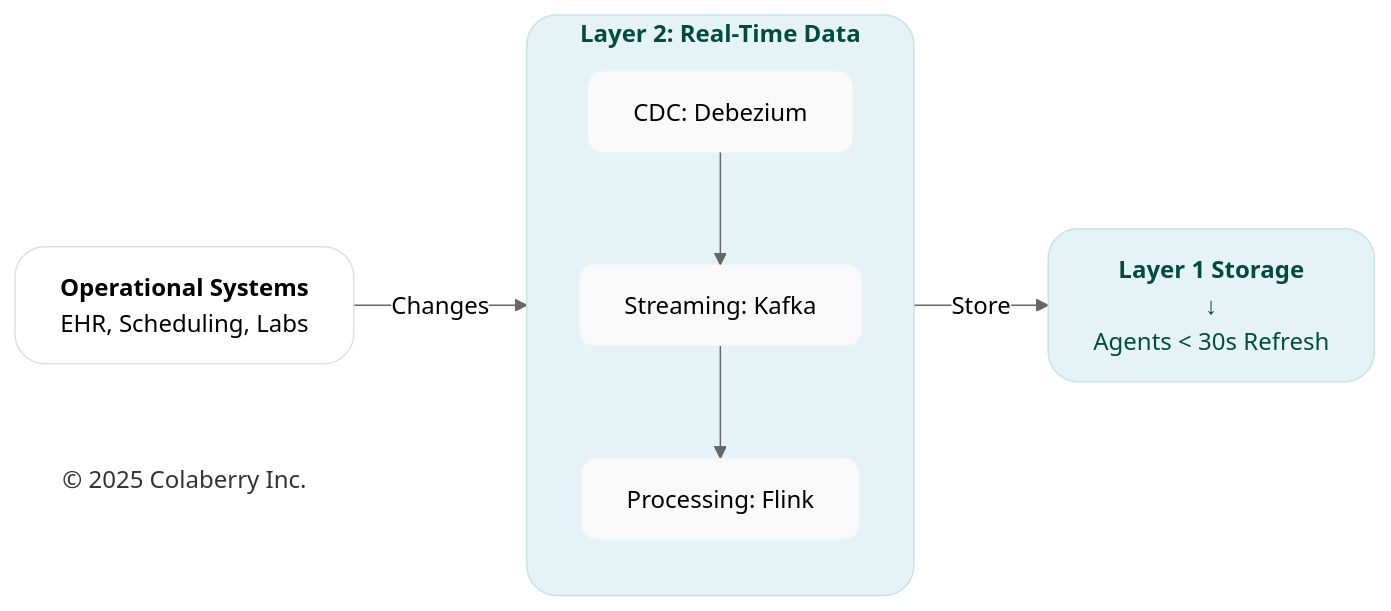
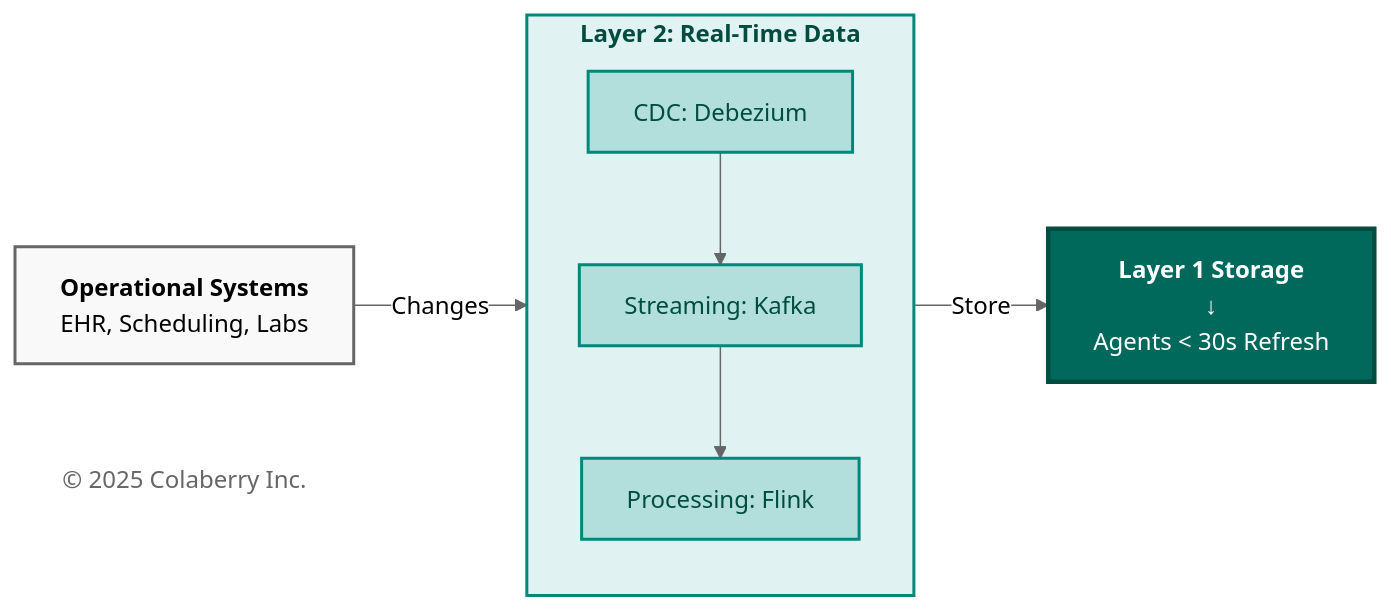
The seventh of 11 diagrams in manuscript/05_chapter_4_foundation_layers.md (saitejesh-cyber/trust-before-intelligence-book), drawn with Mermaid (neutral theme) before and after one commit. The commit also changed other lines of this file and 12 other files, not shown here.

Commit message:
Restore legacy Mermaid styles for Option 1

````diff
--- a/manuscript/05_chapter_4_foundation_layers.md
+++ b/manuscript/05_chapter_4_foundation_layers.md
@@ -743,29 +737,29 @@
 ```mermaid
 
 graph LR
     SOURCE["<b>Operational Systems</b><br/>EHR, Scheduling, Labs"]
     
     subgraph LAYER2["<b>Layer 2: Real-Time Data</b>"]
         direction TB
         CDC["CDC: Debezium"]
         KAFKA["Streaming: Kafka"]
         PROCESS["Processing: Flink"]
         CDC --> KAFKA --> PROCESS
     end
     
     OUTCOME["<b>Layer 1 Storage</b><br/>↓<br/>Agents < 30s Refresh"]
     
     Copyright["© 2025 Colaberry Inc."]
     
     SOURCE -->|"Changes"| LAYER2
     LAYER2 -->|"Store"| OUTCOME
     
-    style SOURCE fill:#ffffff,stroke:#e0e0e0,stroke-width:1px,color:#000000,rx:20,ry:20
-    style LAYER2 fill:#e6f3f6,stroke:#c7e3ea,stroke-width:1px,color:#004d40,rx:20,ry:20
-    style CDC fill:#f9f9f9,stroke:none,color:#000000,rx:10,ry:10
-    style KAFKA fill:#f9f9f9,stroke:none,color:#000000,rx:10,ry:10
-    style PROCESS fill:#f9f9f9,stroke:none,color:#000000,rx:10,ry:10
-    style OUTCOME fill:#e6f3f6,stroke:#c7e3ea,stroke-width:1px,color:#004d40,rx:20,ry:20
-    style Copyright fill:none,stroke:none,color:#333333
+    style SOURCE fill:#f9f9f9,stroke:#666666,stroke-width:2px,color:#000000
+    style LAYER2 fill:#e0f2f1,stroke:#00897b,stroke-width:2px,color:#004d40
+    style CDC fill:#b2dfdb,stroke:#00897b,stroke-width:2px,color:#004d40
+    style KAFKA fill:#b2dfdb,stroke:#00897b,stroke-width:2px,color:#004d40
+    style PROCESS fill:#b2dfdb,stroke:#00897b,stroke-width:2px,color:#004d40
+    style OUTCOME fill:#00695c,color:#ffffff,stroke:#004d40,stroke-width:3px
+    style Copyright fill:#ffffff,stroke:none,color:#666666
 
 ```
````
